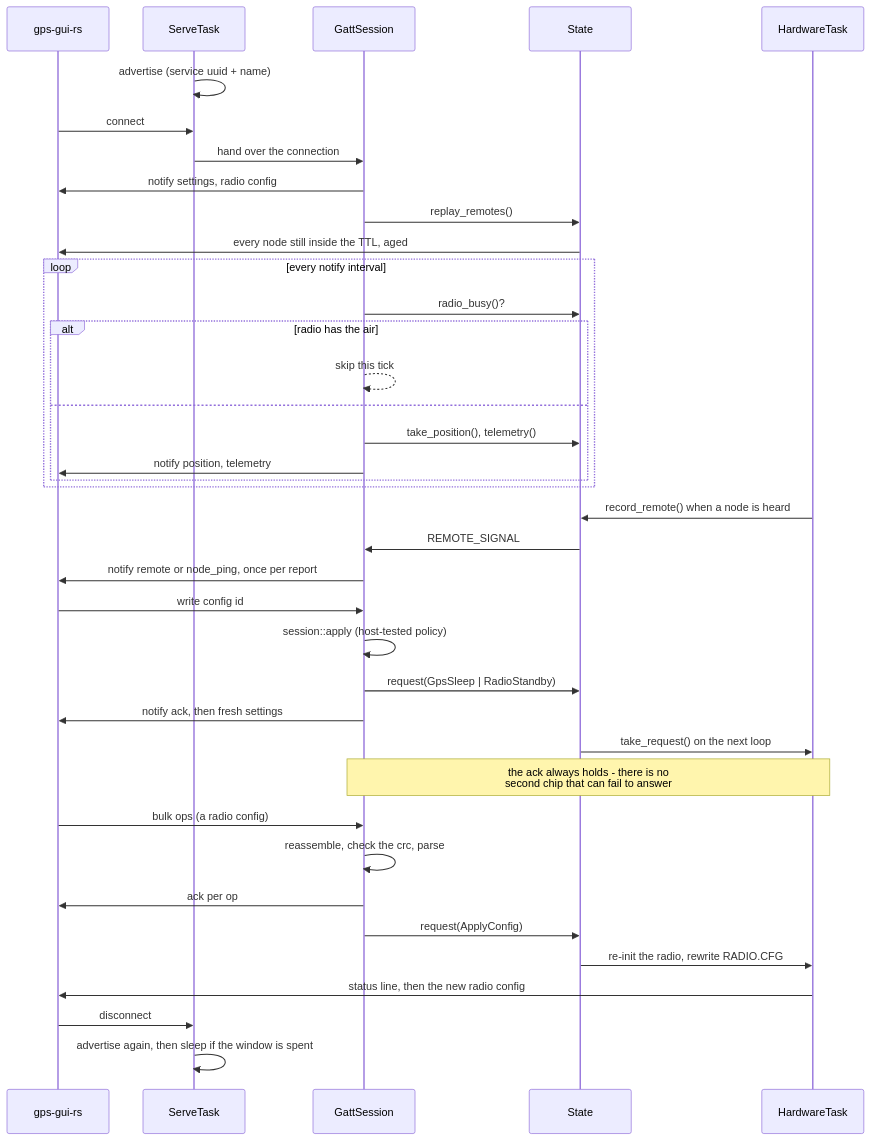
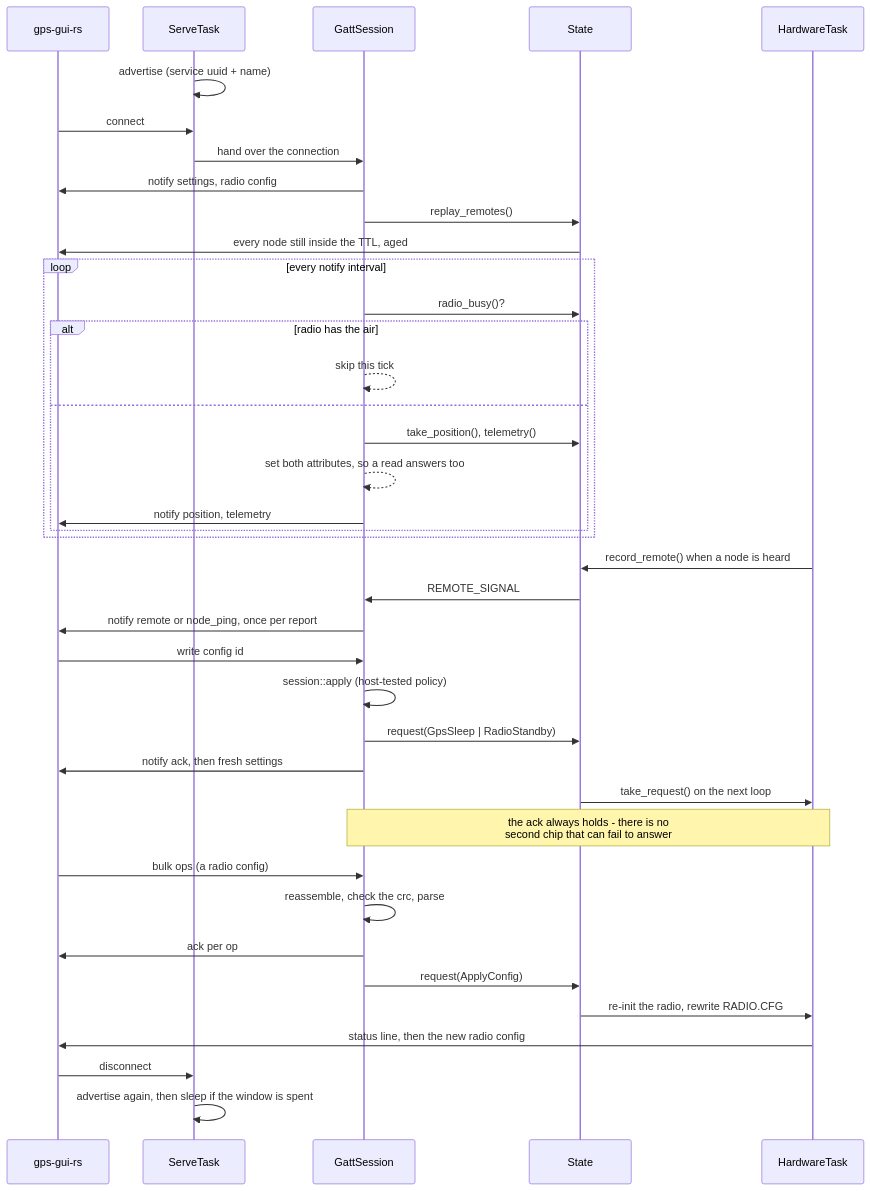
One commit to Telemety-In-Midair/telemetry-in-midair-rs changed the third of 9 diagrams in ARCHITECTURE.md. Above: the diagram before and after it, drawn with Mermaid.

Commit message:
docs: the notify tick writes the table as well as notifying

````diff
--- a/ARCHITECTURE.md
+++ b/ARCHITECTURE.md
@@ -247,46 +247,47 @@
 ```mermaid
 sequenceDiagram
     participant App as gps-gui-rs
     participant Serve as ServeTask
     participant Gatt as GattSession
     participant St as State
     participant Hw as HardwareTask
 
     Serve->>Serve: advertise (service uuid + name)
     App->>Serve: connect
     Serve->>Gatt: hand over the connection
     Gatt->>App: notify settings, radio config
     Gatt->>St: replay_remotes()
     St->>App: every node still inside the TTL, aged
 
     loop every notify interval
         Gatt->>St: radio_busy()?
         alt radio has the air
             Gatt-->>Gatt: skip this tick
         else
             Gatt->>St: take_position(), telemetry()
+            Gatt-->>Gatt: set both attributes, so a read answers too
             Gatt->>App: notify position, telemetry
         end
     end
 
     Hw->>St: record_remote() when a node is heard
     St->>Gatt: REMOTE_SIGNAL
     Gatt->>App: notify remote or node_ping, once per report
 
     App->>Gatt: write config id
     Gatt->>Gatt: session::apply (host-tested policy)
     Gatt->>St: request(GpsSleep | RadioStandby)
     Gatt->>App: notify ack, then fresh settings
     St->>Hw: take_request() on the next loop
     Note over Gatt,Hw: the ack always holds - there is no<br/>second chip that can fail to answer
 
     App->>Gatt: bulk ops (a radio config)
     Gatt->>Gatt: reassemble, check the crc, parse
     Gatt->>App: ack per op
     Gatt->>St: request(ApplyConfig)
     St->>Hw: re-init the radio, rewrite RADIO.CFG
     Hw->>App: status line, then the new radio config
 
     App->>Serve: disconnect
     Serve->>Serve: advertise again, then sleep if the window is spent
 ```
````
